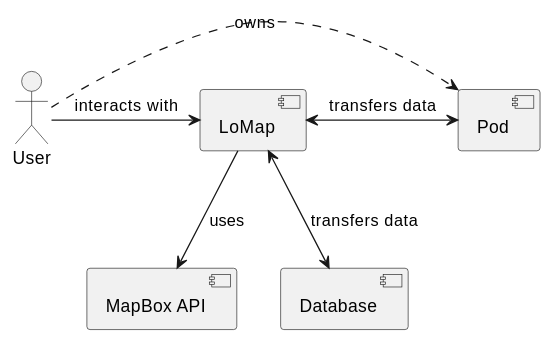
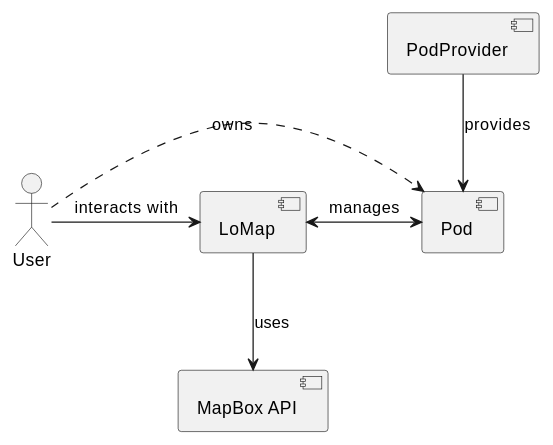
Before and after one commit to Arquisoft/lomap_es6b: the first of 2 diagrams in docs/05_building_block_view.adoc, drawn with PlantUML. The commit also changed other lines of this file, not shown here.

```diff
--- a/docs/05_building_block_view.adoc
+++ b/docs/05_building_block_view.adoc
@@ -7,19 +7,20 @@
 [plantuml, "level1", png]
 ----
 Actor User
 Component LoMap
 Component Pod
+Component PodProvider
+
 Component MapBox as "MapBox API"
-Component Database
 
 User -right-> LoMap: interacts with
 
 User .right.> Pod: owns
 
-LoMap <-right-> Pod: transfers data
+LoMap <-right-> Pod: manages
 
 LoMap --> MapBox: uses
 
-LoMap <--> Database: transfers data
+PodProvider --> Pod: provides
 
 ----
```
